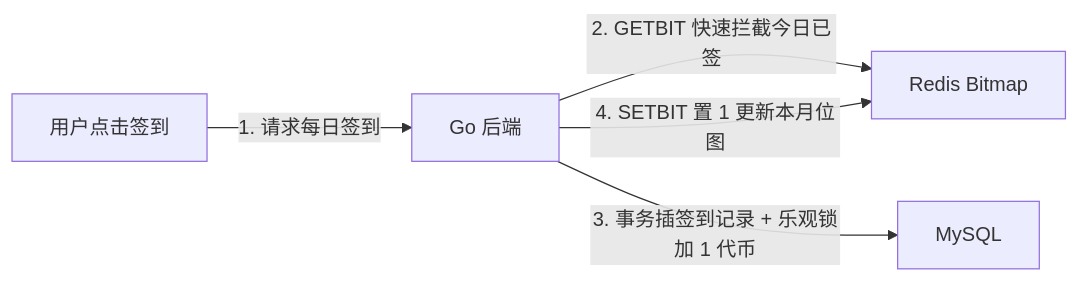
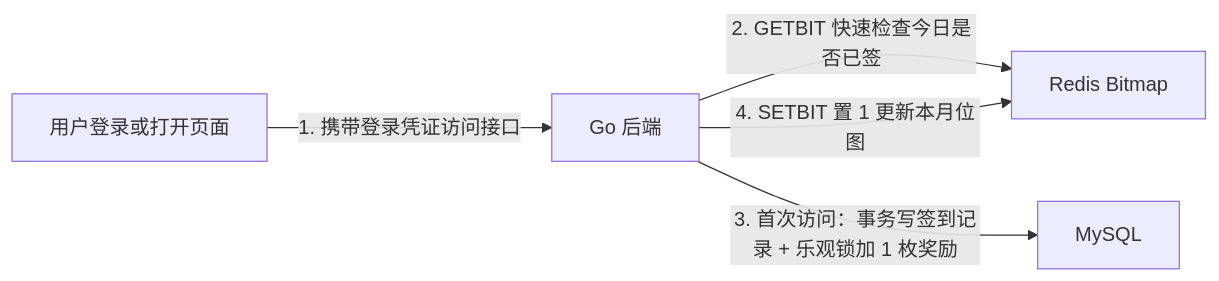
One commit to c926694/simple_bilibili changed the third of 3 diagrams in docs/modules/interaction.md. Above: the diagram before and after it, drawn with Mermaid. The commit also changed other lines of this file and 34 other files, not shown here.

````diff
--- a/docs/modules/interaction.md
+++ b/docs/modules/interaction.md
@@ -48,7 +48,7 @@
 ```mermaid
 flowchart LR
-    Web["用户点击签到"] -- "1. 请求每日签到" --> API["Go 后端"]
-    API -- "2. GETBIT 快速拦截今日已签" --> Redis["Redis Bitmap"]
-    API -- "3. 事务插签到记录 + 乐观锁加 1 代币" --> MySQL["MySQL"]
+    Web["用户登录或打开页面"] -- "1. 携带登录凭证访问接口" --> API["Go 后端"]
+    API -- "2. GETBIT 快速检查今日是否已签" --> Redis["Redis Bitmap"]
+    API -- "3. 首次访问：事务写签到记录 + 乐观锁加 1 枚奖励" --> MySQL["MySQL"]
     API -- "4. SETBIT 置 1 更新本月位图" --> Redis
 ```
````
